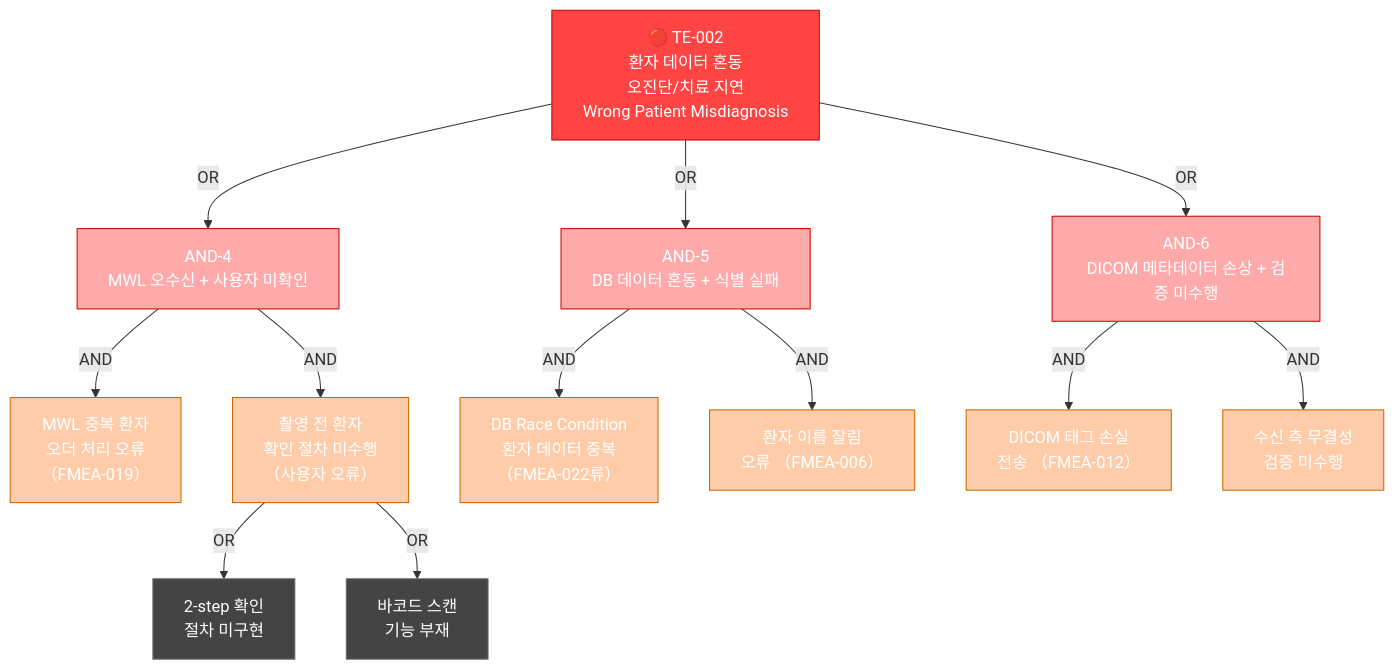
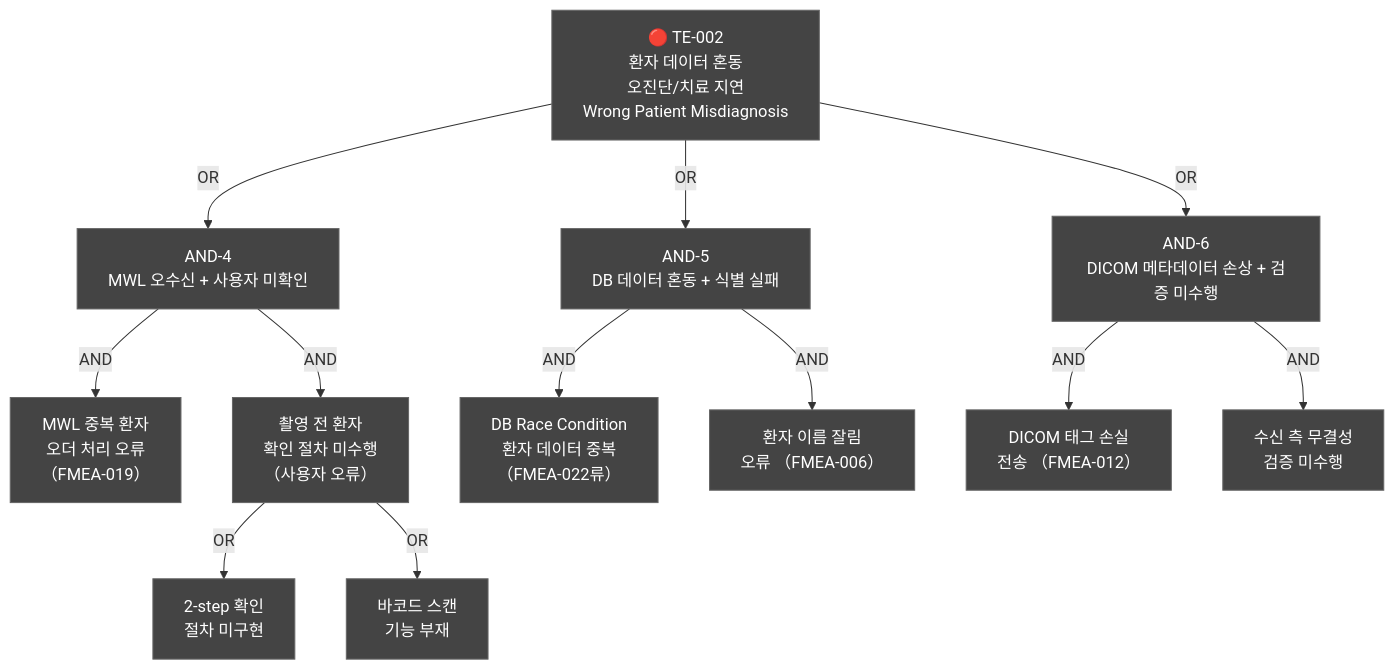
The tenth of 11 diagrams in docs/risk/DOC-008_Risk_Management_Plan_v1.0.md (holee9/console-gui), drawn with Mermaid before and after one commit. The commit also changed other lines of this file and 35 other files, not shown here.

First line of the commit message:
fix: 전체 Mermaid 차트 색상 진한 회색 통일

````diff
--- a/docs/risk/DOC-008_Risk_Management_Plan_v1.0.md
+++ b/docs/risk/DOC-008_Risk_Management_Plan_v1.0.md
@@ -801,36 +801,36 @@
 ```mermaid
 graph TD
     TE2["🔴 TE-002\n환자 데이터 혼동\n오진단/치료 지연\nWrong Patient Misdiagnosis"]
 
     TE2 -->|OR| G1
     TE2 -->|OR| G2
     TE2 -->|OR| G3
 
     G1["AND-4\nMWL 오수신 + 사용자 미확인"]
     G2["AND-5\nDB 데이터 혼동 + 식별 실패"]
     G3["AND-6\nDICOM 메타데이터 손상 + 검증 미수행"]
 
     G1 -->|AND| H1["MWL 중복 환자\n오더 처리 오류\n（FMEA-019）"]
     G1 -->|AND| H2["촬영 전 환자\n확인 절차 미수행\n（사용자 오류）"]
 
     G2 -->|AND| I1["DB Race Condition\n환자 데이터 중복\n（FMEA-022류）"]
     G2 -->|AND| I2["환자 이름 잘림\n오류 （FMEA-006）"]
 
     G3 -->|AND| J1["DICOM 태그 손실\n전송 （FMEA-012）"]
     G3 -->|AND| J2["수신 측 무결성\n검증 미수행"]
 
     H2 -->|OR| K1["2-step 확인\n절차 미구현"]
     H2 -->|OR| K2["바코드 스캔\n기능 부재"]
 
     classDef default fill:#444,stroke:#666,color:#fff
-    style TE2 fill:#ff4444,color:#ffffff,stroke:#cc0000
-    style G1 fill:#ffaaaa,stroke:#cc0000
-    style G2 fill:#ffaaaa,stroke:#cc0000
-    style G3 fill:#ffaaaa,stroke:#cc0000
-    style H1 fill:#ffccaa,stroke:#cc6600
-    style H2 fill:#ffccaa,stroke:#cc6600
-    style I1 fill:#ffccaa,stroke:#cc6600
-    style I2 fill:#ffccaa,stroke:#cc6600
-    style J1 fill:#ffccaa,stroke:#cc6600
-    style J2 fill:#ffccaa,stroke:#cc6600
+    style TE2 fill:#444,color:#fff,stroke:#666
+    style G1 fill:#444,stroke:#666
+    style G2 fill:#444,stroke:#666
+    style G3 fill:#444,stroke:#666
+    style H1 fill:#444,stroke:#666
+    style H2 fill:#444,stroke:#666
+    style I1 fill:#444,stroke:#666
+    style I2 fill:#444,stroke:#666
+    style J1 fill:#444,stroke:#666
+    style J2 fill:#444,stroke:#666
 ```
````
